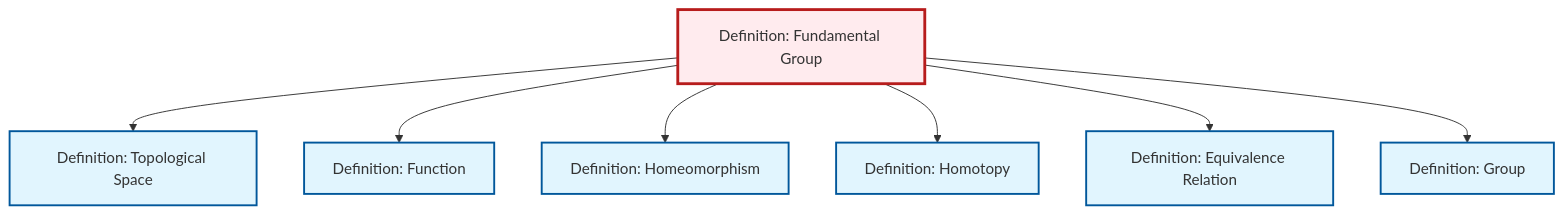
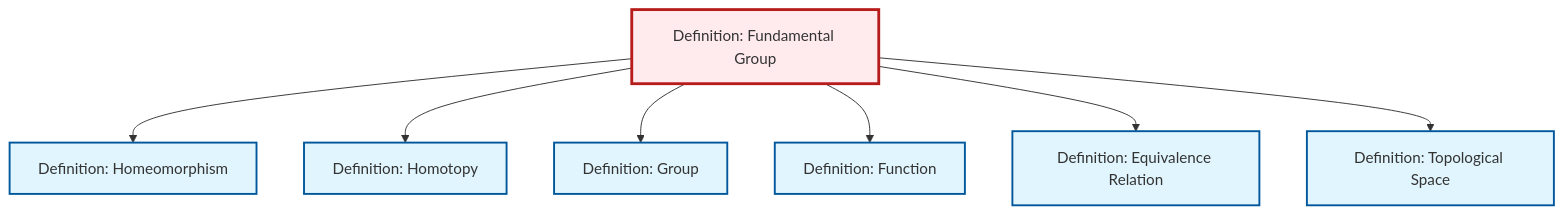
Before and after one commit to RK0429/ModernMath: the diagram in content/en/topology/def-fundamental-group.qmd, drawn with Mermaid. The commit also changed other lines of this file and 328 other files, not shown here.

````diff
--- a/content/en/topology/def-fundamental-group.qmd
+++ b/content/en/topology/def-fundamental-group.qmd
@@ -76,29 +76,29 @@
 ```{mermaid}
 %%| fig-cap: "Local dependency graph"
 graph TD
     classDef definition fill:#e1f5fe,stroke:#01579b,stroke-width:2px
     classDef theorem fill:#f3e5f5,stroke:#4a148c,stroke-width:2px
     classDef axiom fill:#fff3e0,stroke:#e65100,stroke-width:2px
     classDef example fill:#e8f5e9,stroke:#1b5e20,stroke-width:2px
     classDef current fill:#ffebee,stroke:#b71c1c,stroke-width:3px
+    def-homeomorphism["Definition: Homeomorphism"]:::definition
+    def-fundamental-group["Definition: Fundamental Group"]:::definition
+    def-function["Definition: Function"]:::definition
+    def-group["Definition: Group"]:::definition
     def-topological-space["Definition: Topological Space"]:::definition
-    def-homeomorphism["Definition: Homeomorphism"]:::definition
-    def-function["Definition: Function"]:::definition
+    def-homotopy["Definition: Homotopy"]:::definition
     def-equivalence-relation["Definition: Equivalence Relation"]:::definition
-    def-homotopy["Definition: Homotopy"]:::definition
-    def-group["Definition: Group"]:::definition
-    def-fundamental-group["Definition: Fundamental Group"]:::definition
-    def-fundamental-group --> def-topological-space
-    def-fundamental-group --> def-function
     def-fundamental-group --> def-homeomorphism
     def-fundamental-group --> def-homotopy
+    def-fundamental-group --> def-group
+    def-fundamental-group --> def-function
     def-fundamental-group --> def-equivalence-relation
-    def-fundamental-group --> def-group
+    def-fundamental-group --> def-topological-space
     class def-fundamental-group current
-    click def-topological-space "def-topological-space.html" "Go to Topological Space definition"
     click def-homeomorphism "def-homeomorphism.html" "Go to Homeomorphism definition"
     click def-function "def-function.html" "Go to Function definition"
+    click def-group "def-group.html" "Go to Group definition"
+    click def-topological-space "def-topological-space.html" "Go to Topological Space definition"
+    click def-homotopy "def-homotopy.html" "Go to Homotopy definition"
     click def-equivalence-relation "def-equivalence-relation.html" "Go to Equivalence Relation definition"
-    click def-homotopy "def-homotopy.html" "Go to Homotopy definition"
-    click def-group "def-group.html" "Go to Group definition"
 ```
````
